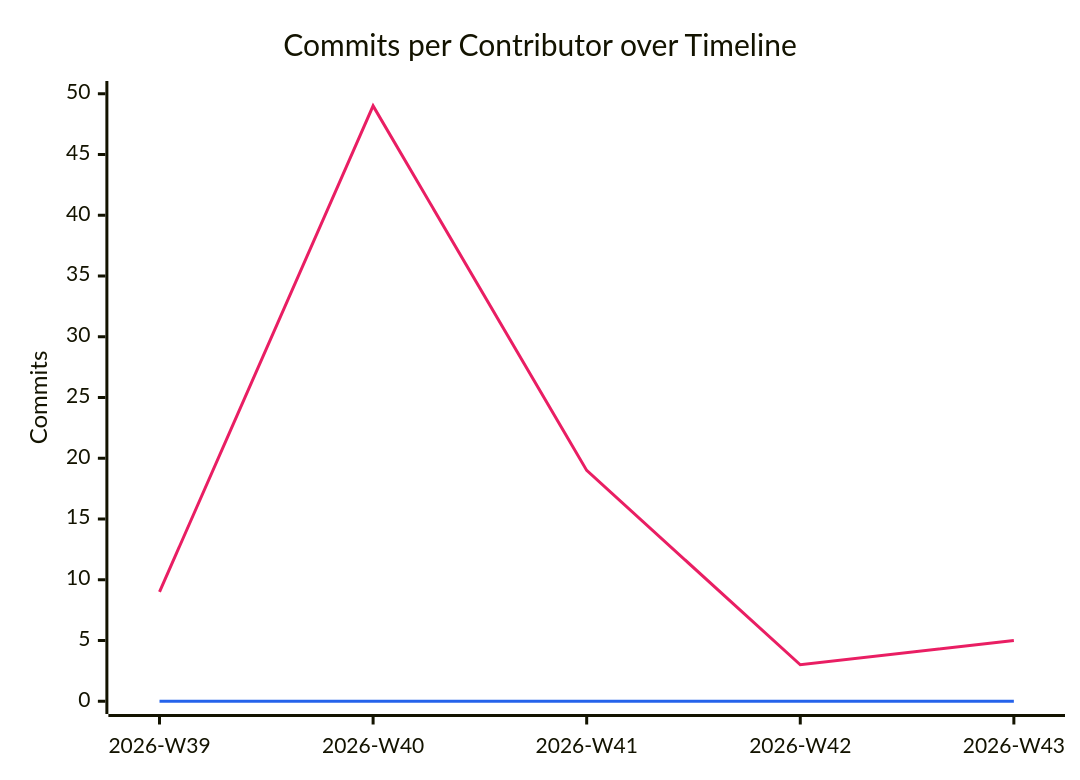
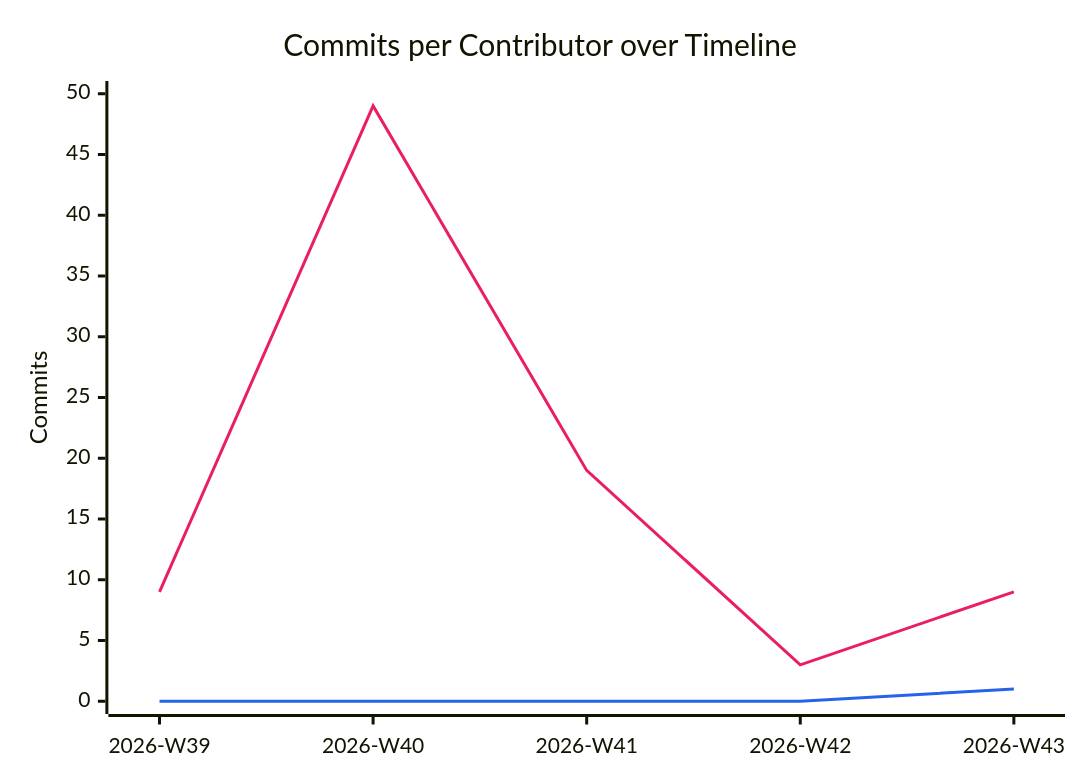
The diagram in documentation/snippets/management/commit-velocity.mmd (BeyondMagic/wisp), drawn with Mermaid before and after one commit. The commit also changed 2 other files, not shown here.

```diff
--- a/documentation/snippets/management/commit-velocity.mmd
+++ b/documentation/snippets/management/commit-velocity.mmd
@@ -1,7 +1,7 @@
 %%{init: {"themeVariables": {"xyChart": {"plotColorPalette": "#e91e63, #2563eb"}}}}%%
 xychart-beta
     title "Commits per Contributor over Timeline"
     x-axis ["2026-W39", "2026-W40", "2026-W41", "2026-W42", "2026-W43"]
     y-axis "Commits" 0 --> 50
-    line [9, 49, 19, 3, 5]
-    line [0, 0, 0, 0, 0]
+    line [9, 49, 19, 3, 9]
+    line [0, 0, 0, 0, 1]
```
